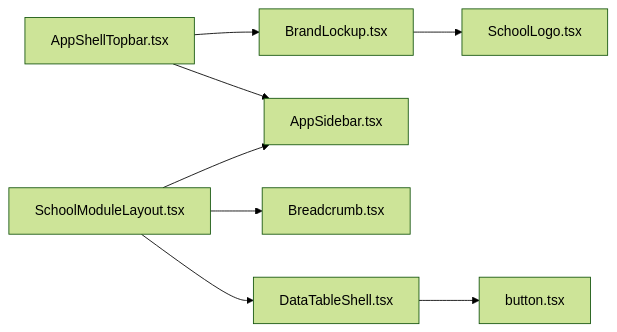
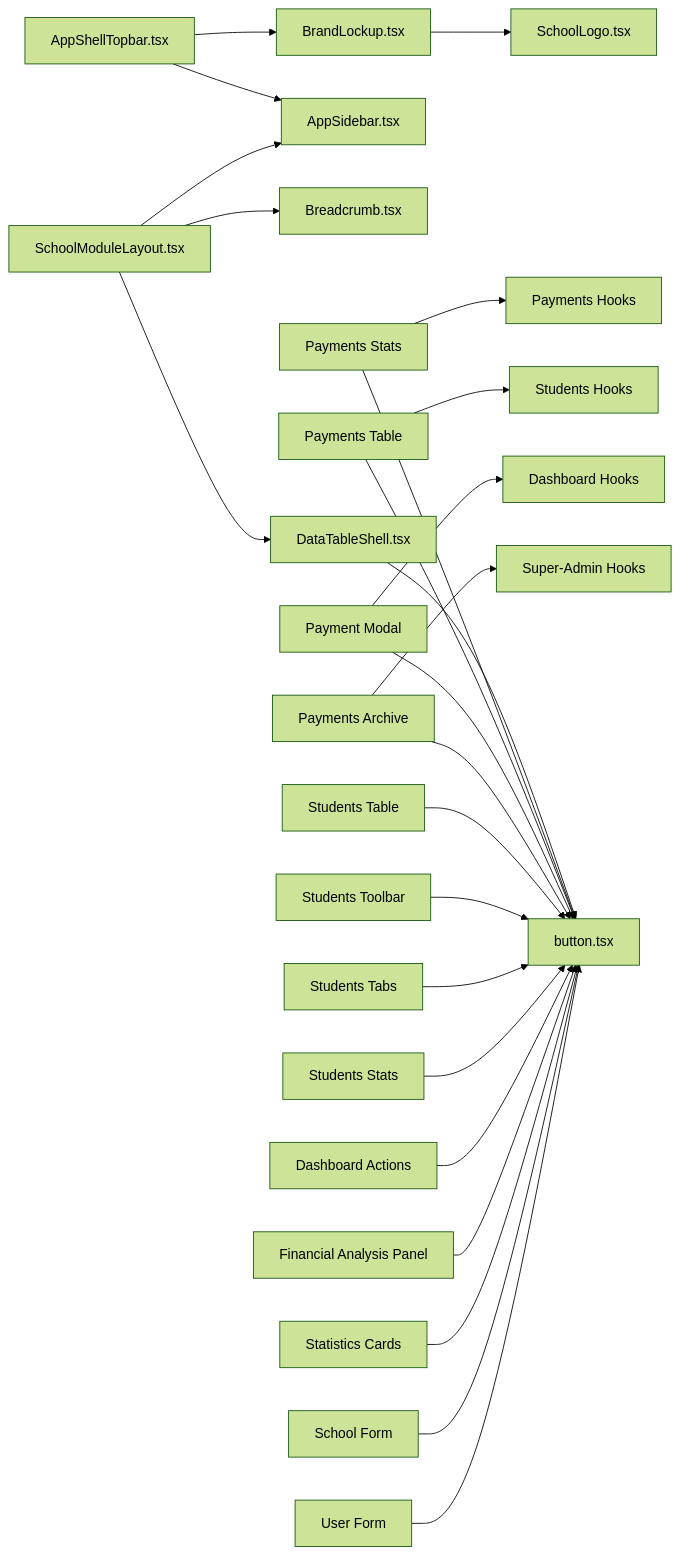
Before and after one commit to mustafaalkusaj/appschoolmustafa2002: diagram 11 of 12 in .qoder/repowiki/en/content/UI Components/UI Components.md, drawn with Mermaid (forest theme). The commit also changed other lines of this file and 85 other files, not shown here.

````diff
--- a/.qoder/repowiki/en/content/UI Components/UI Components.md
+++ b/.qoder/repowiki/en/content/UI Components/UI Components.md
@@ -495,10 +726,27 @@
 ```mermaid
 graph LR
 TB["AppShellTopbar.tsx"] --> BL["BrandLockup.tsx"]
 TB --> SB["AppSidebar.tsx"]
 SL["SchoolModuleLayout.tsx"] --> SB
 SL --> BC["Breadcrumb.tsx"]
 SL --> DTS["DataTableShell.tsx"]
 BL --> G["SchoolLogo.tsx"]
 DTS --> BTN["button.tsx"]
+PS["Payments Stats"] --> BTN
+PT["Payments Table"] --> BTN
+PM["Payment Modal"] --> BTN
+PA["Payments Archive"] --> BTN
+ST["Students Table"] --> BTN
+STR["Students Toolbar"] --> BTN
+STS["Students Tabs"] --> BTN
+SS["Students Stats"] --> BTN
+DAS["Dashboard Actions"] --> BTN
+FAP["Financial Analysis Panel"] --> BTN
+SC["Statistics Cards"] --> BTN
+SF["School Form"] --> BTN
+UF["User Form"] --> BTN
+PS --> PH["Payments Hooks"]
+PT --> SH["Students Hooks"]
+PM --> DH["Dashboard Hooks"]
+PA --> SAH["Super-Admin Hooks"]
 ```
````
